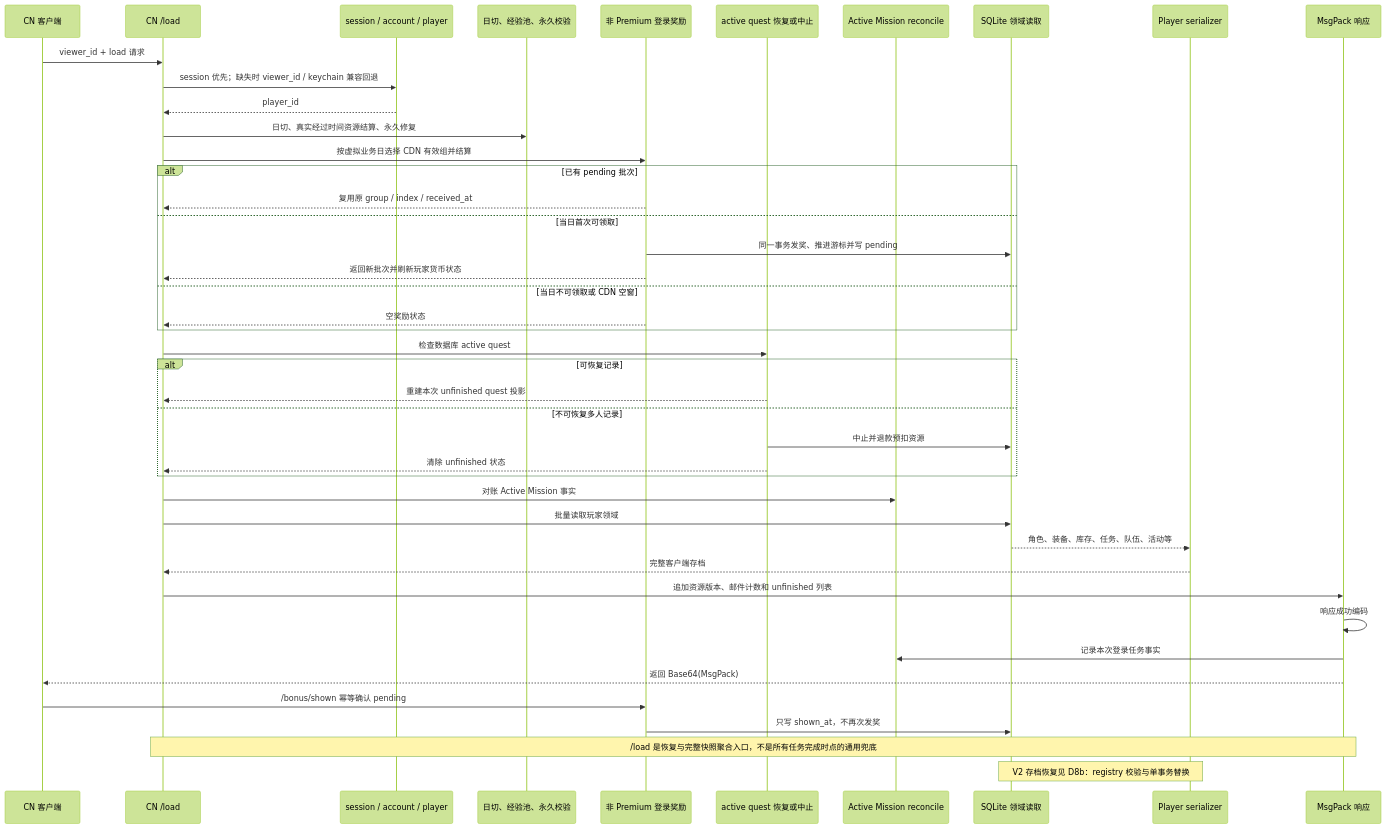
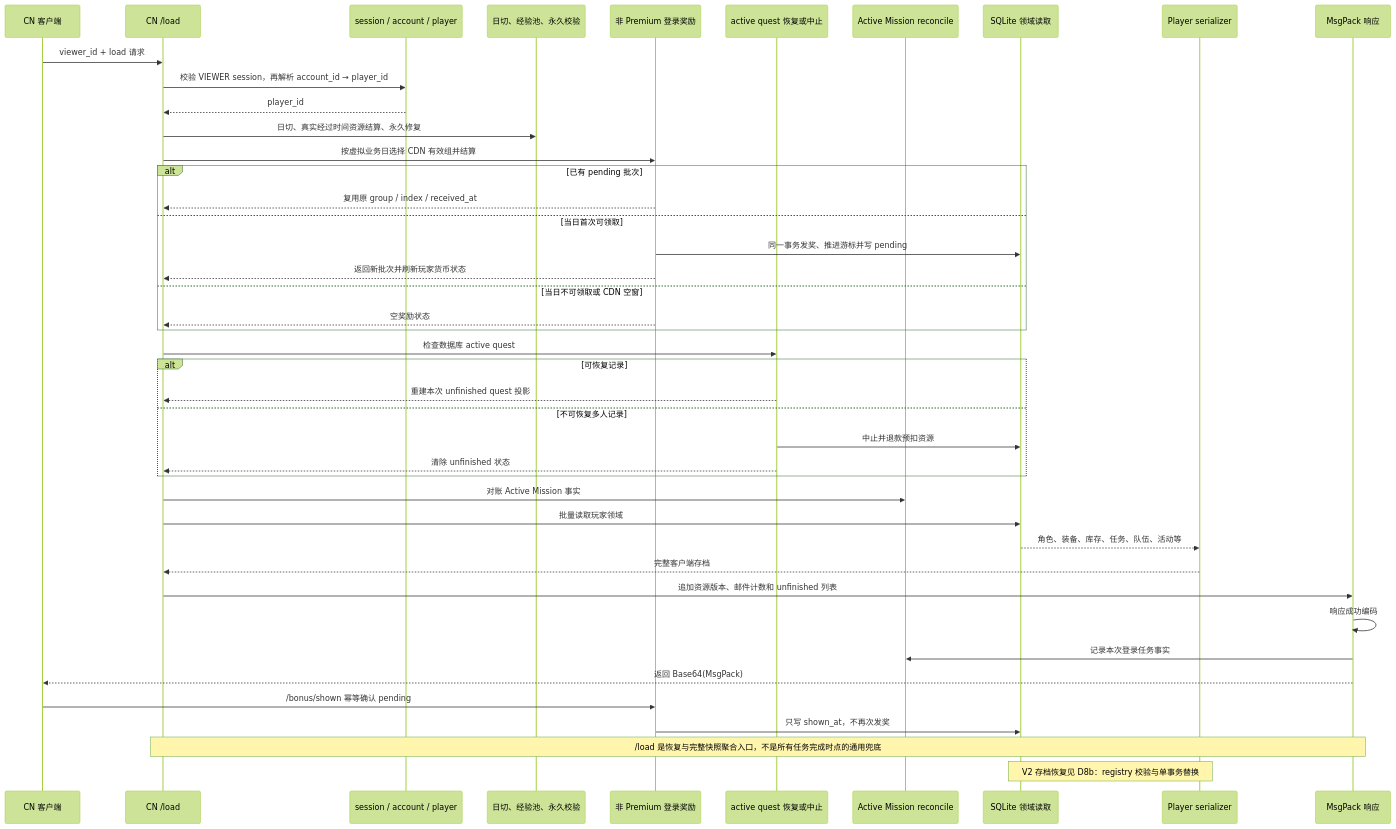
The third of 4 diagrams in docs/architecture/identity-time-and-load.md (DontBeAlarmed/startpoint-cn), drawn with Mermaid (forest theme) before and after one commit. The commit also changed other lines of this file and 12 other files, not shown here.

````diff
--- a/docs/architecture/identity-time-and-load.md
+++ b/docs/architecture/identity-time-and-load.md
@@ -96,46 +92,46 @@
 ```mermaid
 sequenceDiagram
     participant C as CN 客户端
     participant L as CN /load
     participant ID as session / account / player
     participant PRE as 日切、经验池、永久校验
     participant BONUS as 非 Premium 登录奖励
     participant AQ as active quest 恢复或中止
     participant AM as Active Mission reconcile
     participant DB as SQLite 领域读取
     participant SER as Player serializer
     participant R as MsgPack 响应
 
     C->>L: viewer_id + load 请求
-    L->>ID: session 优先；缺失时 viewer_id / keychain 兼容回退
+    L->>ID: 校验 VIEWER session，再解析 account_id → player_id
     ID-->>L: player_id
     L->>PRE: 日切、真实经过时间资源结算、永久修复
     L->>BONUS: 按虚拟业务日选择 CDN 有效组并结算
     alt 已有 pending 批次
         BONUS-->>L: 复用原 group / index / received_at
     else 当日首次可领取
         BONUS->>DB: 同一事务发奖、推进游标并写 pending
         BONUS-->>L: 返回新批次并刷新玩家货币状态
     else 当日不可领取或 CDN 空窗
         BONUS-->>L: 空奖励状态
     end
     L->>AQ: 检查数据库 active quest
     alt 可恢复记录
         AQ-->>L: 重建本次 unfinished quest 投影
     else 不可恢复多人记录
         AQ->>DB: 中止并退款预扣资源
         AQ-->>L: 清除 unfinished 状态
     end
     L->>AM: 对账 Active Mission 事实
     L->>DB: 批量读取玩家领域
     DB-->>SER: 角色、装备、库存、任务、队伍、活动等
     SER-->>L: 完整客户端存档
     L->>R: 追加资源版本、邮件计数和 unfinished 列表
     R->>R: 响应成功编码
     R->>AM: 记录本次登录任务事实
     R-->>C: 返回 Base64(MsgPack)
     C->>BONUS: /bonus/shown 幂等确认 pending
     BONUS->>DB: 只写 shown_at，不再次发奖
     Note over L,R: /load 是恢复与完整快照聚合入口，不是所有任务完成时点的通用兜底
     Note over DB,SER: V2 存档恢复见 D8b：registry 校验与单事务替换
 ```
````
